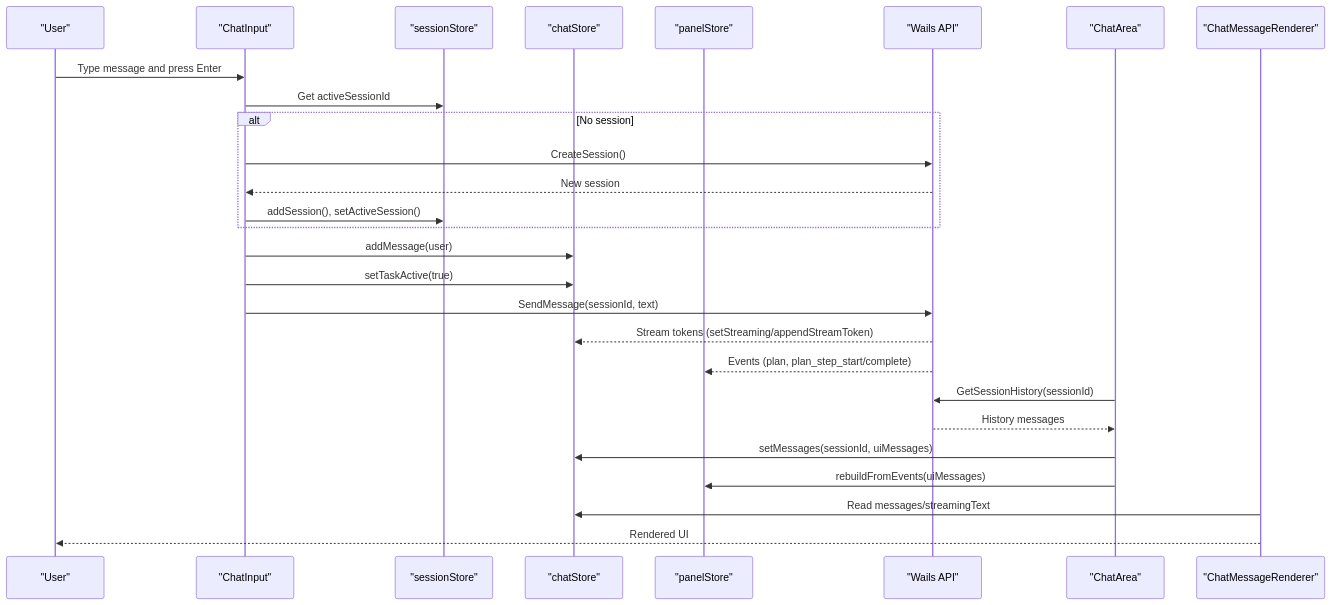
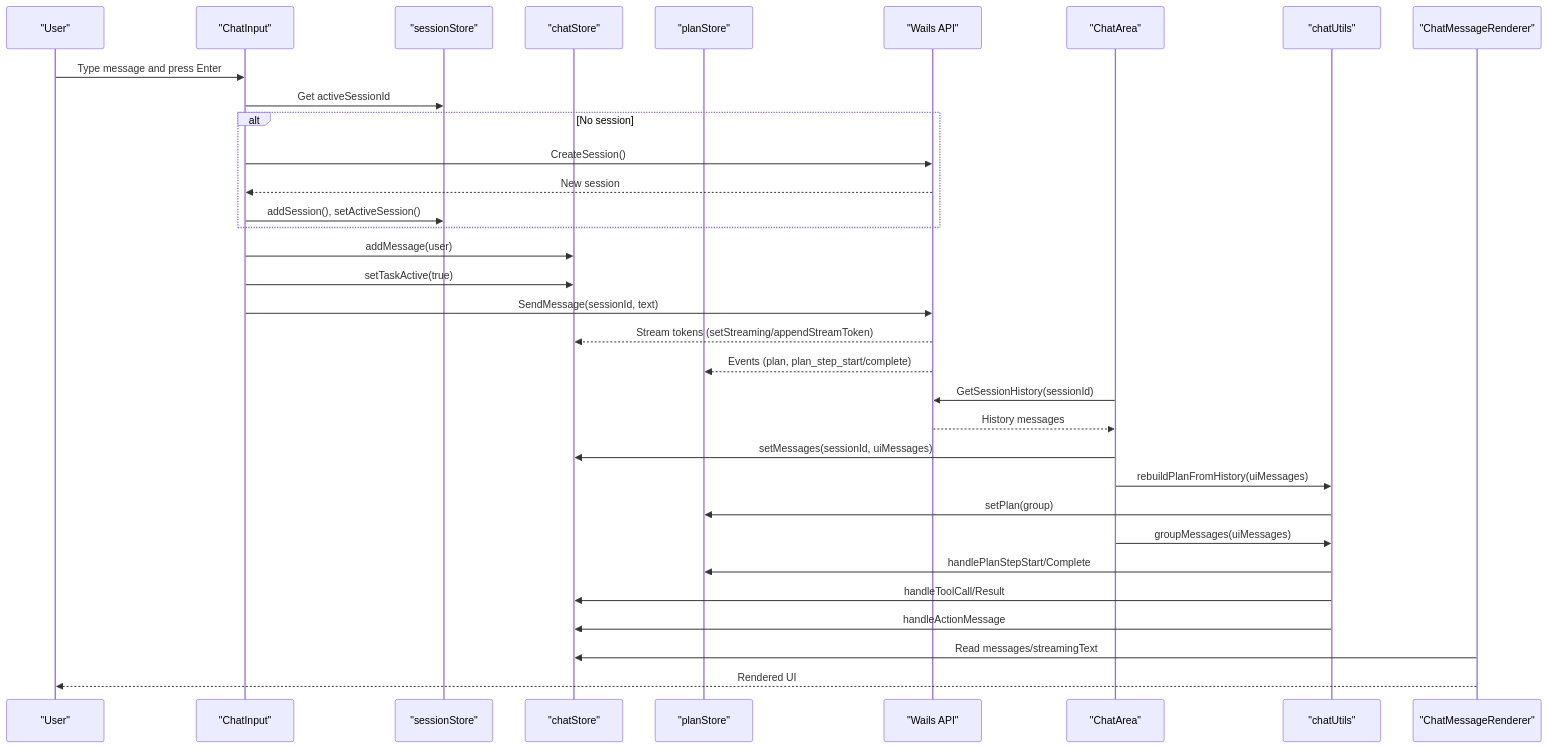
The second of 15 diagrams in .qoder/repowiki/en/content/Frontend Application/UI Components/Chat Interface Components.md (v0lka/c0wrk), drawn with Mermaid before and after one commit. The commit also changed other lines of this file and 13 other files, not shown here.

````diff
--- a/.qoder/repowiki/en/content/Frontend Application/UI Components/Chat Interface Components.md
+++ b/.qoder/repowiki/en/content/Frontend Application/UI Components/Chat Interface Components.md
@@ -153,29 +184,35 @@
 ```mermaid
 sequenceDiagram
 participant User as "User"
 participant Input as "ChatInput"
 participant Session as "sessionStore"
 participant Chat as "chatStore"
-participant Panel as "panelStore"
+participant Plan as "planStore"
 participant Backend as "Wails API"
 participant Area as "ChatArea"
+participant Utils as "chatUtils"
 participant Renderer as "ChatMessageRenderer"
 User->>Input : Type message and press Enter
 Input->>Session : Get activeSessionId
 alt No session
 Input->>Backend : CreateSession()
 Backend-->>Input : New session
 Input->>Session : addSession(), setActiveSession()
 end
 Input->>Chat : addMessage(user)
 Input->>Chat : setTaskActive(true)
 Input->>Backend : SendMessage(sessionId, text)
 Backend-->>Chat : Stream tokens (setStreaming/appendStreamToken)
-Backend-->>Panel : Events (plan, plan_step_start/complete)
+Backend-->>Plan : Events (plan, plan_step_start/complete)
 Area->>Backend : GetSessionHistory(sessionId)
 Backend-->>Area : History messages
 Area->>Chat : setMessages(sessionId, uiMessages)
-Area->>Panel : rebuildFromEvents(uiMessages)
+Area->>Utils : rebuildPlanFromHistory(uiMessages)
+Utils->>Plan : setPlan(group)
+Area->>Utils : groupMessages(uiMessages)
+Utils->>Plan : handlePlanStepStart/Complete
+Utils->>Chat : handleToolCall/Result
+Utils->>Chat : handleActionMessage
 Renderer->>Chat : Read messages/streamingText
 Renderer-->>User : Rendered UI
 ```
````
